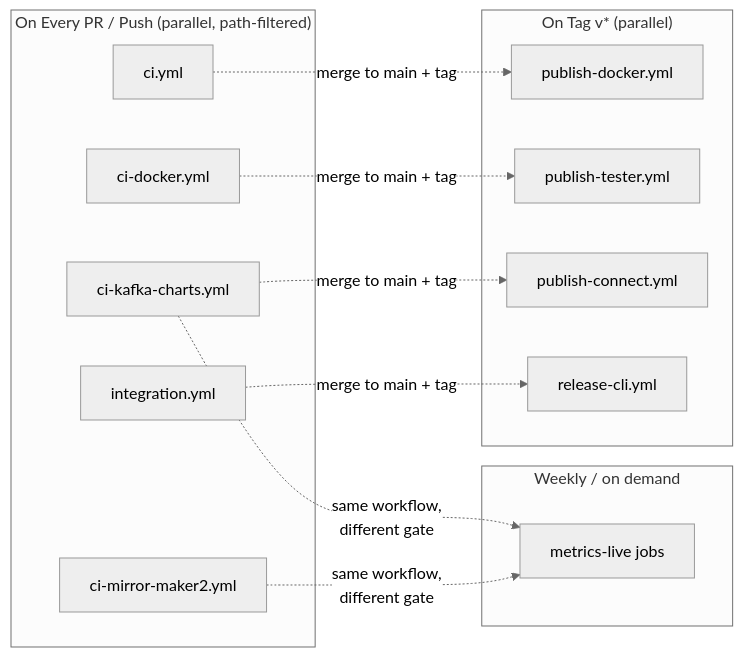
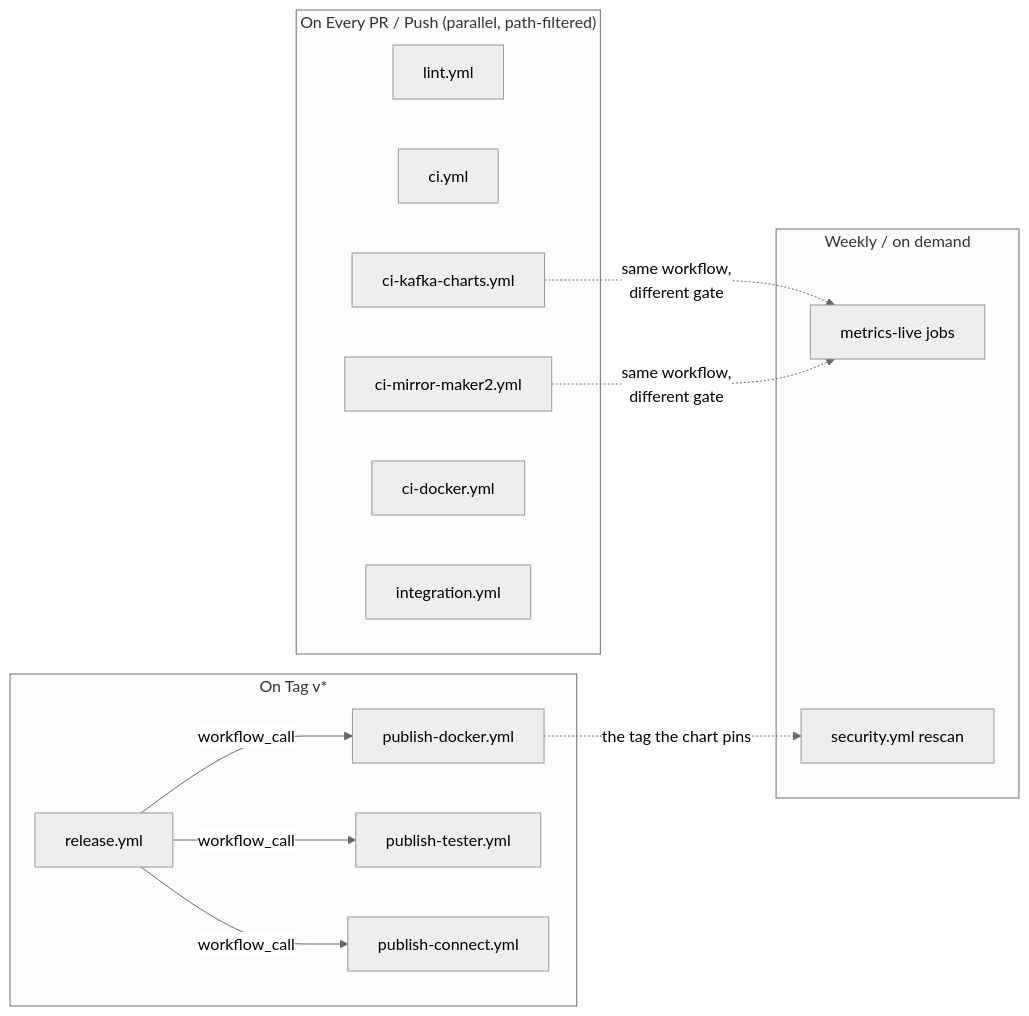
The second of 2 diagrams in docs/book/appendix-c-cicd.md (actions-marketplace-validations/bmscomp_kates), drawn with Mermaid (neutral theme) before and after one commit. The commit also changed other lines of this file and 37 other files, not shown here.

First line of the commit message:
ci: gates, pinned actions, lint workflow, supply-chain scans, one release run (#157)

````diff
--- a/docs/book/appendix-c-cicd.md
+++ b/docs/book/appendix-c-cicd.md
@@ -431,28 +438,30 @@
 ```mermaid
 graph LR
     subgraph "On Every PR / Push (parallel, path-filtered)"
+        L[lint.yml]
         A[ci.yml]
         A2[ci-kafka-charts.yml]
         A3[ci-mirror-maker2.yml]
         B[ci-docker.yml]
         C[integration.yml]
     end
 
     subgraph "Weekly / on demand"
         G[metrics-live jobs]
+        S[security.yml rescan]
     end
 
-    subgraph "On Tag v* (parallel)"
+    subgraph "On Tag v*"
+        F[release.yml]
         D[publish-docker.yml]
         E[publish-tester.yml]
         H[publish-connect.yml]
-        F[release-cli.yml]
     end
 
     A2 -.->|"same workflow,<br/>different gate"| G
     A3 -.->|"same workflow,<br/>different gate"| G
-    A -.->|"merge to main + tag"| D
-    B -.->|"merge to main + tag"| E
-    C -.->|"merge to main + tag"| F
-    A2 -.->|"merge to main + tag"| H
+    F -->|"workflow_call"| D
+    F -->|"workflow_call"| E
+    F -->|"workflow_call"| H
+    D -.->|"the tag the chart pins"| S
 ```
````
